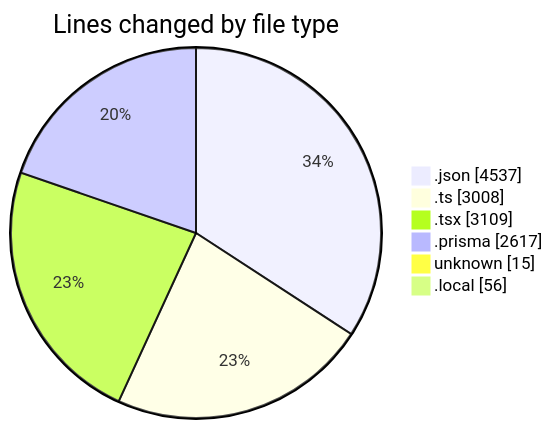
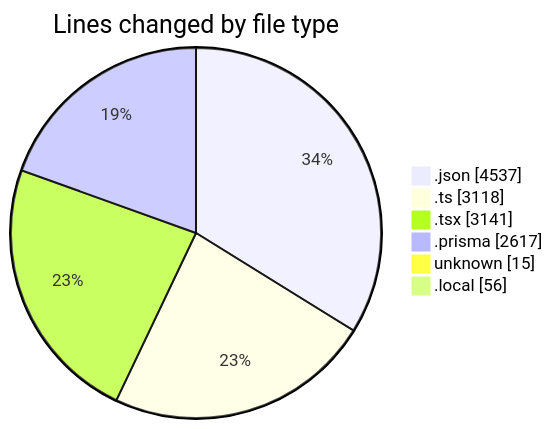
The first of 2 diagrams in 2025-05-15/ecodeli-1/README.md (CELIANVF/code-tracking), drawn with Mermaid before and after one commit. The commit also changed other lines of this file and 1 other file, not shown here.

````diff
--- a/2025-05-15/ecodeli-1/README.md
+++ b/2025-05-15/ecodeli-1/README.md
@@ -42,10 +43,10 @@
 ```mermaid
 pie showData
 title Lines changed by file type
 ".json" : 4537
-".ts" : 3008
-".tsx" : 3109
+".ts" : 3118
+".tsx" : 3141
 ".prisma" : 2617
 "unknown" : 15
 ".local" : 56
 ```
````
